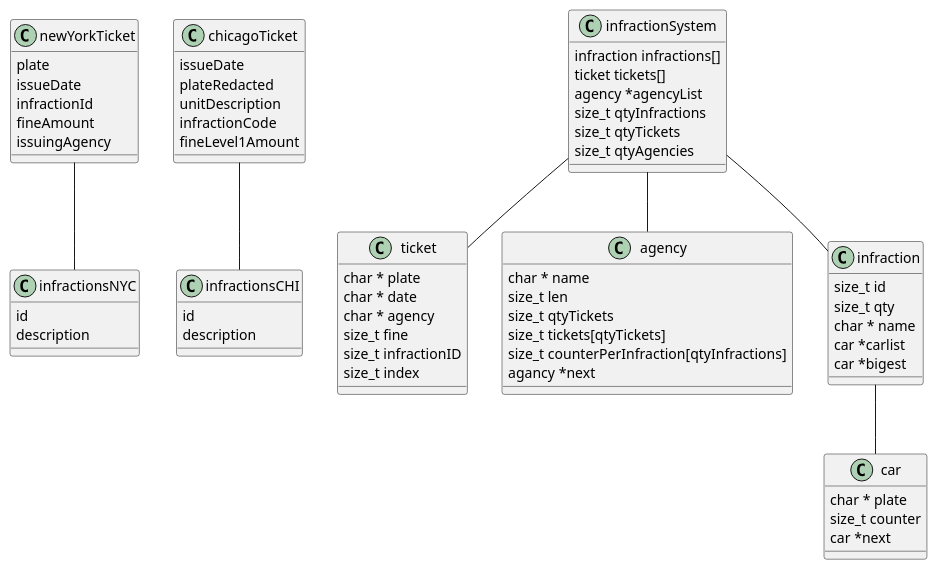
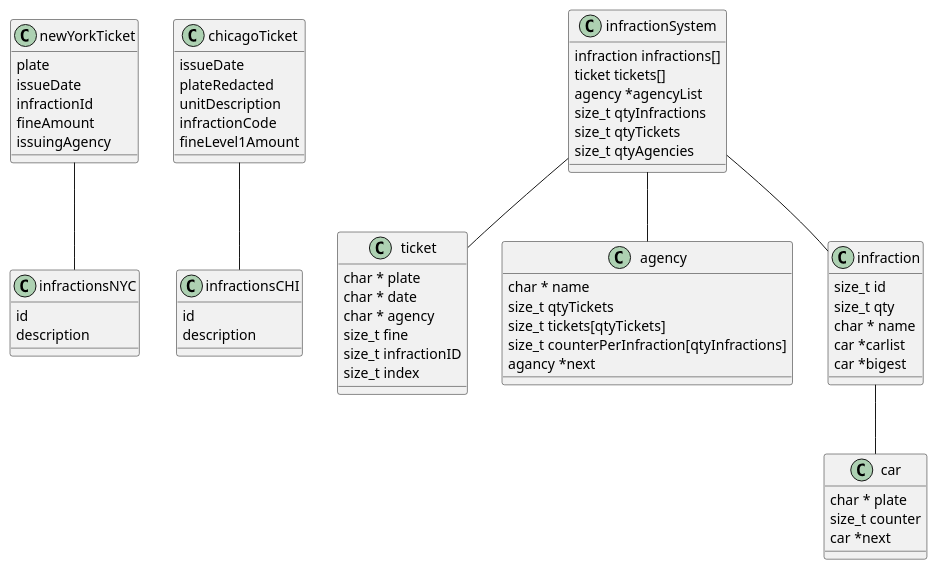
The diagram in structure_objects.puml (AugustoOspal/Proyecto_Final_PI), drawn with PlantUML before and after one commit. The commit also changed 3 other files, not shown here.

```diff
--- a/structure_objects.puml
+++ b/structure_objects.puml
@@ -1,89 +1,88 @@
 @startuml
 
 class newYorkTicket
 {
     plate
     issueDate
     infractionId
     fineAmount
     issuingAgency
 }
 
 class infractionsNYC
 {
     id
     description
 }
 
 class chicagoTicket
 {
     issueDate
     plateRedacted
     unitDescription
     infractionCode
     fineLevel1Amount
 }
 
 class infractionsCHI
 {
     id
     description
 }
 
 class ticket
 {
     char * plate
     char * date
     char * agency
     size_t fine
     size_t infractionID
     size_t index
 }
 
 newYorkTicket -- infractionsNYC
 chicagoTicket -- infractionsCHI
 
 ' Ideas
 class car
 {
     char * plate
     size_t counter
     car *next
 }
 
 class agency
 {
     char * name
-    size_t len
     'vector of positions for tickets in city
     size_t qtyTickets
     size_t tickets[qtyTickets]
     size_t counterPerInfraction[qtyInfractions]
     agancy *next
 }
 
 class infraction
 {
     size_t id
     size_t qty
     char * name
     car *carlist
     car *bigest
 }
 
 class infractionSystem
 {
     infraction infractions[]
     ticket tickets[]
     agency *agencyList
     size_t qtyInfractions
     size_t qtyTickets
     size_t qtyAgencies
 }
 
 infractionSystem -- agency
 infractionSystem -- ticket
 infractionSystem -- infraction
 infraction -- car
 
 @enduml
```
